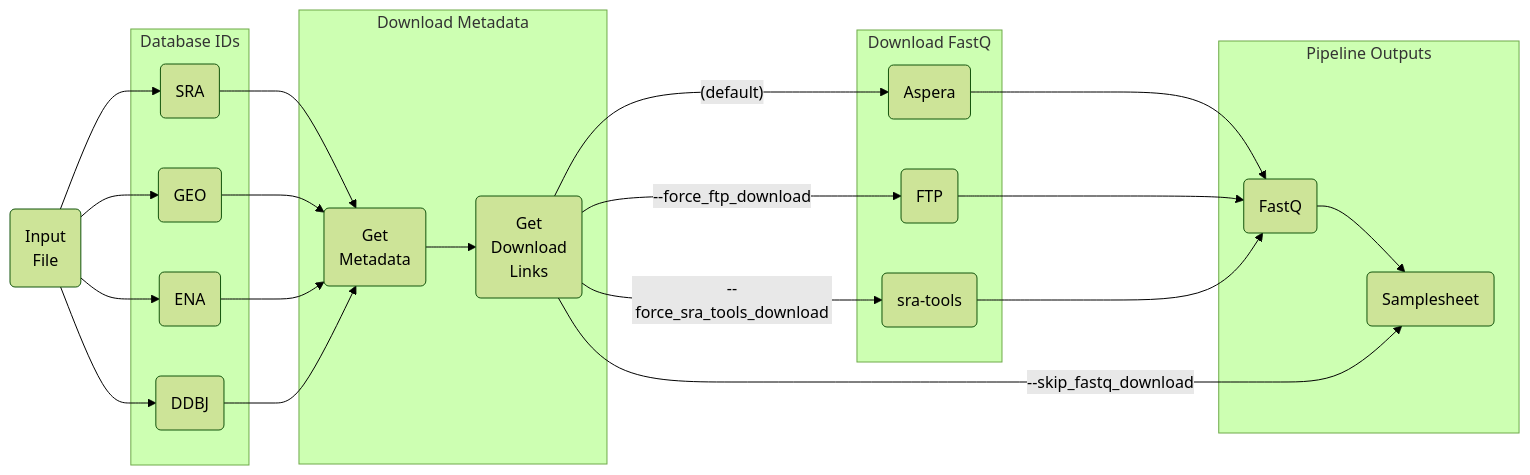
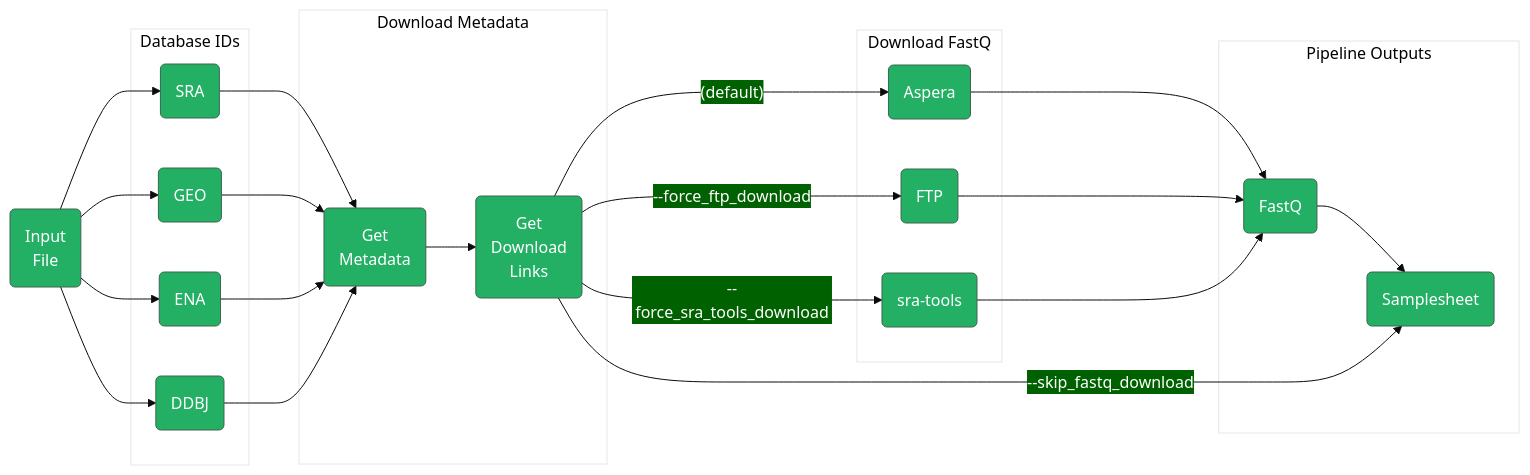
Before and after one commit to nf-core/fetchngs: the diagram in README.md, drawn with Mermaid.

Commit message:
Approximate nf-core theme (attempt 1)

````diff
--- a/README.md
+++ b/README.md
@@ -26,35 +26,41 @@
 ```mermaid
 %%{
   init: {
-    "theme": "forest",
-    "logLevel": "info"
+    'theme': 'base',
+    'themeVariables': {
+      'fontFamily': "maven pro bold",
+      'primaryColor': '#24B064',
+      'primaryTextColor': '#fff',
+      'secondaryColor': '#006100',
+      'tertiaryColor': '#fff'
+    }
   }
 }%%
 flowchart LR
     IDS("Input 
     File") --> SRA & GEO & ENA & DDBJ
     subgraph SG_DBIDS[Database IDs]
       SRA("SRA")
       GEO("GEO")
       ENA("ENA")
       DDBJ("DDBJ")
     end
     subgraph SG_METADATA[Download Metadata]
       SRA & GEO & ENA & DDBJ --> META("Get 
       Metadata")
       META --> LINKS("Get 
       Download
       Links")
     end
     subgraph SG_FETCH_FASTQ[Download FastQ]
       LINKS --> |"(default)"| ASPERA("Aspera")
       LINKS --> |--force_ftp_download| FTP("FTP")
       LINKS --> |--force_sra_tools_download| SRATOOLS("sra-tools")
     end
     subgraph SG_FASTQ[Pipeline Outputs]
       ASPERA & FTP & SRATOOLS --> FASTQ("FastQ")
       FASTQ --> SAMPLESHEET("Samplesheet")
     end
     LINKS --> |--skip_fastq_download| SAMPLESHEET
     
 ```
````
